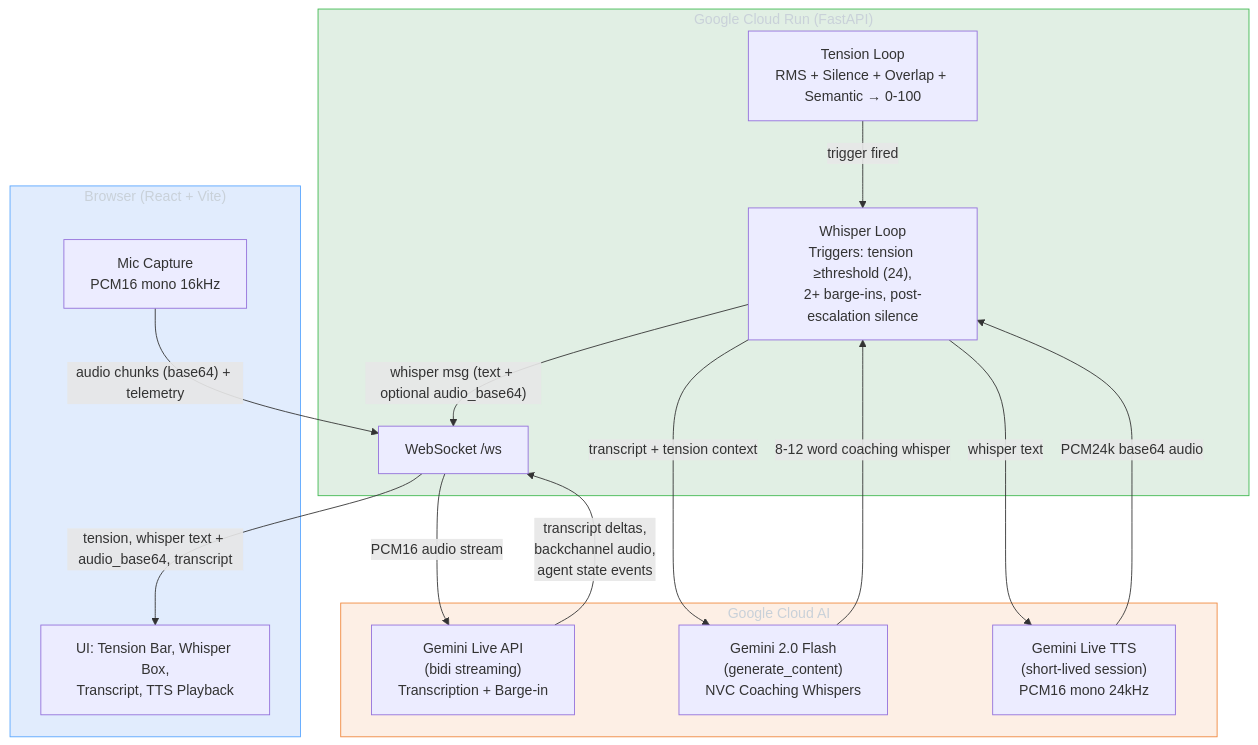
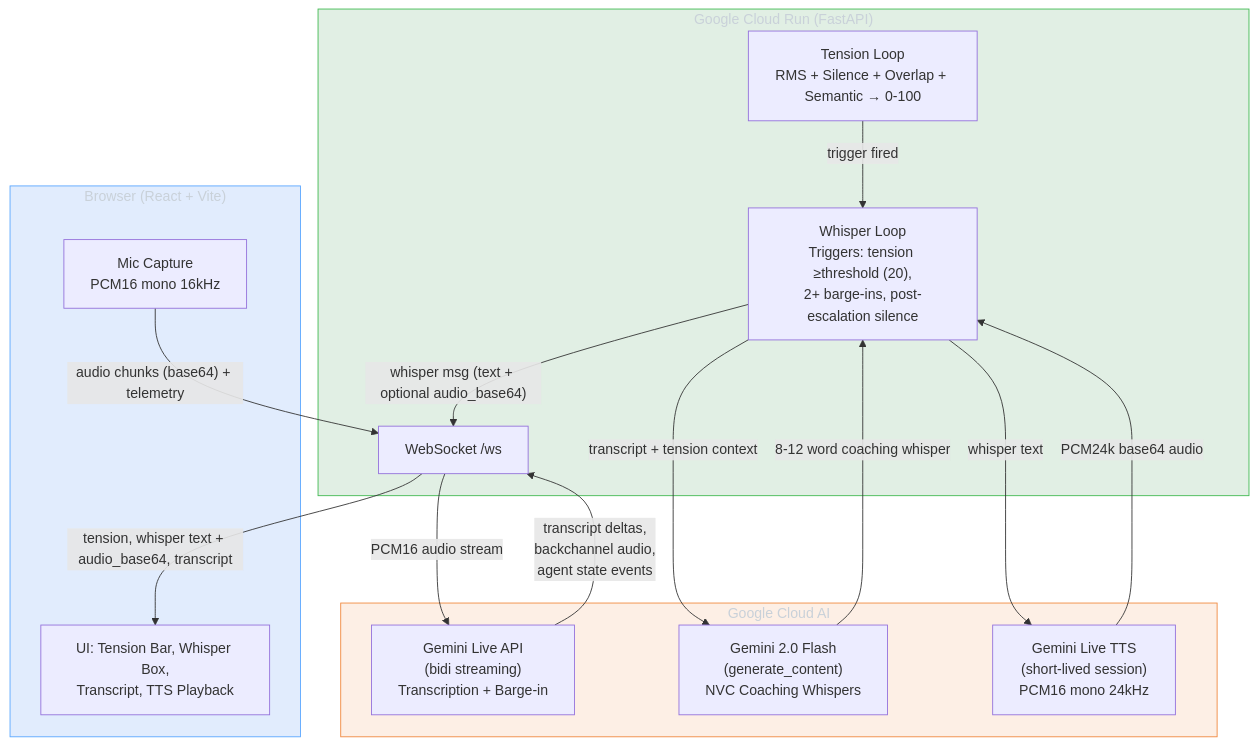
Before and after one commit to prabhakaran-jm/gemini-live-empathic-copilot: the diagram in docs/ARCHITECTURE.md, drawn with Mermaid. The commit also changed 8 other files, not shown here.

Commit message:
Whisper threshold default 20; WebSocketDisconnect at DEBUG; deploy/docs sync

````diff
--- a/docs/ARCHITECTURE.md
+++ b/docs/ARCHITECTURE.md
@@ -5,34 +5,34 @@
 ```mermaid
 graph TB
     subgraph Browser ["Browser (React + Vite)"]
         MIC["Mic Capture<br/>PCM16 mono 16kHz"]
         UI["UI: Tension Bar, Whisper Box,<br/>Transcript, TTS Playback"]
     end
 
     subgraph CloudRun ["Google Cloud Run (FastAPI)"]
         WS["WebSocket /ws"]
         TL["Tension Loop<br/>RMS + Silence + Overlap + Semantic → 0-100"]
-        WL["Whisper Loop<br/>Triggers: tension ≥threshold (24),<br/>2+ barge-ins, post-escalation silence"]
+        WL["Whisper Loop<br/>Triggers: tension ≥threshold (20),<br/>2+ barge-ins, post-escalation silence"]
     end
 
     subgraph GCP ["Google Cloud AI"]
         LIVE["Gemini Live API<br/>(bidi streaming)<br/>Transcription + Barge-in"]
         FLASH["Gemini 2.0 Flash<br/>(generate_content)<br/>NVC Coaching Whispers"]
         LIVETTS["Gemini Live TTS<br/>(short-lived session)<br/>PCM16 mono 24kHz"]
     end
 
     MIC -- "audio chunks (base64) + telemetry" --> WS
     WS -- "tension, whisper text + audio_base64, transcript" --> UI
     WS -- "PCM16 audio stream" --> LIVE
     LIVE -- "transcript deltas,<br/>backchannel audio,<br/>agent state events" --> WS
     TL -- "trigger fired" --> WL
     WL -- "transcript + tension context" --> FLASH
     FLASH -- "8-12 word coaching whisper" --> WL
     WL -- "whisper text" --> LIVETTS
     LIVETTS -- "PCM24k base64 audio" --> WL
     WL -- "whisper msg (text + optional audio_base64)" --> WS
 
     style Browser fill:#1f6feb22,stroke:#58a6ff,color:#c9d1d9
     style CloudRun fill:#23863622,stroke:#3fb950,color:#c9d1d9
     style GCP fill:#f0883e22,stroke:#f0883e,color:#c9d1d9
 ```
````
